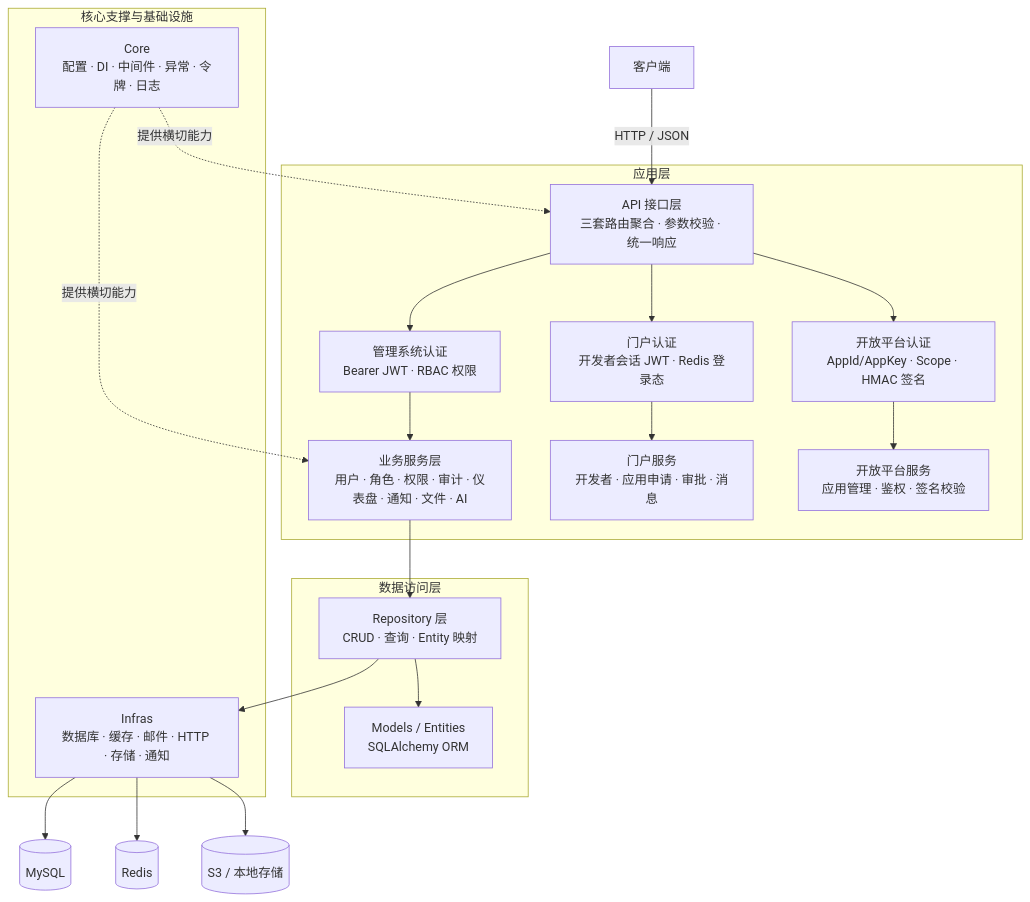
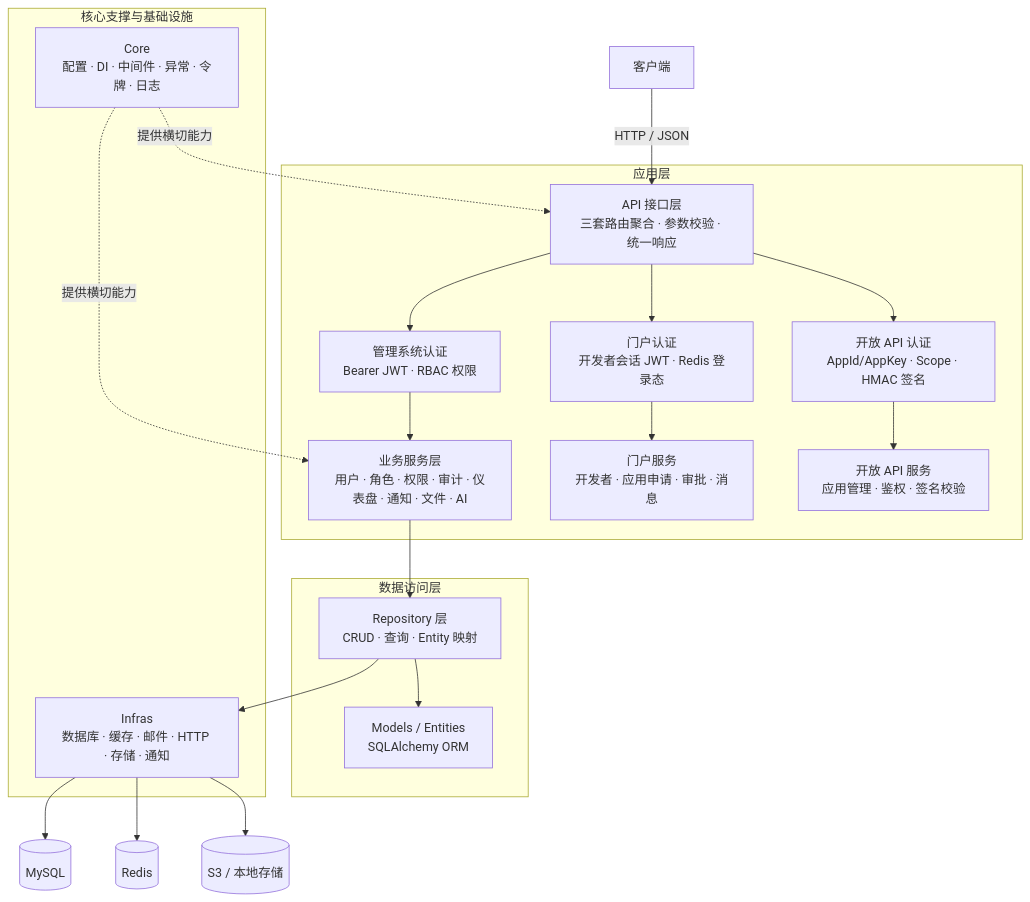
Before and after one commit to cross-lang/x-HanJiang: the first of 7 diagrams in server/README.md, drawn with Mermaid. The commit also changed other lines of this file and 79 other files, not shown here.

````diff
--- a/server/README.md
+++ b/server/README.md
@@ -320,30 +320,30 @@
 ```mermaid
 flowchart TB
   Client[客户端] -->|HTTP / JSON| API[API 接口层<br/>三套路由聚合 · 参数校验 · 统一响应]
 
   subgraph Application[应用层]
     API --> Auth[管理系统认证<br/>Bearer JWT · RBAC 权限]
     API --> PortalAuth[门户认证<br/>开发者会话 JWT · Redis 登录态]
-    API --> OpenAuth[开放平台认证<br/>AppId/AppKey · Scope · HMAC 签名]
+    API --> OpenAuth[开放 API 认证<br/>AppId/AppKey · Scope · HMAC 签名]
     Auth --> Service[业务服务层<br/>用户 · 角色 · 权限 · 审计 · 仪表盘 · 通知 · 文件 · AI]
     PortalAuth --> PortalService[门户服务<br/>开发者 · 应用申请 · 审批 · 消息]
-    OpenAuth --> OpenService[开放平台服务<br/>应用管理 · 鉴权 · 签名校验]
+    OpenAuth --> OpenService[开放 API 服务<br/>应用管理 · 鉴权 · 签名校验]
   end
 
   subgraph Data[数据访问层]
     Service --> Repository[Repository 层<br/>CRUD · 查询 · Entity 映射]
     Repository --> Entity[Models / Entities<br/>SQLAlchemy ORM]
   end
 
   subgraph Support[核心支撑与基础设施]
     Core[Core<br/>配置 · DI · 中间件 · 异常 · 令牌 · 日志]
     Infra[Infras<br/>数据库 · 缓存 · 邮件 · HTTP · 存储 · 通知]
   end
 
   Core -.提供横切能力.-> API
   Core -.提供横切能力.-> Service
   Repository --> Infra
   Infra --> DB[(MySQL)]
   Infra --> Redis[(Redis)]
   Infra --> OSS[(S3 / 本地存储)]
 ```
````
